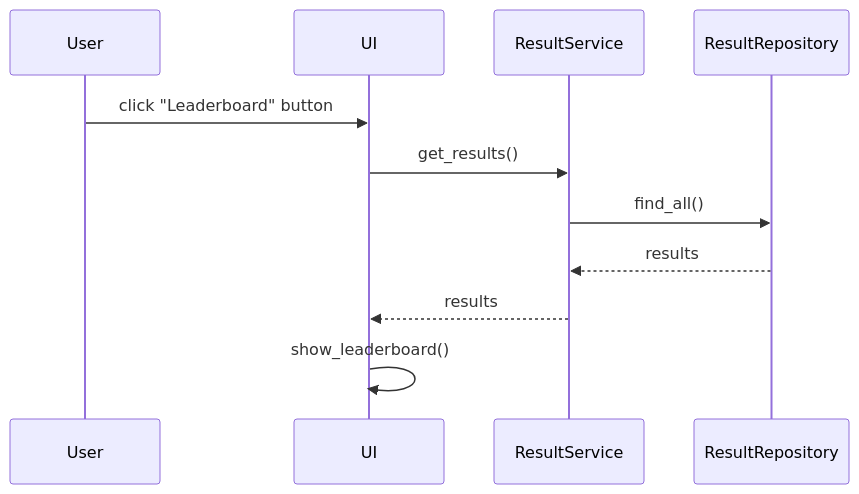
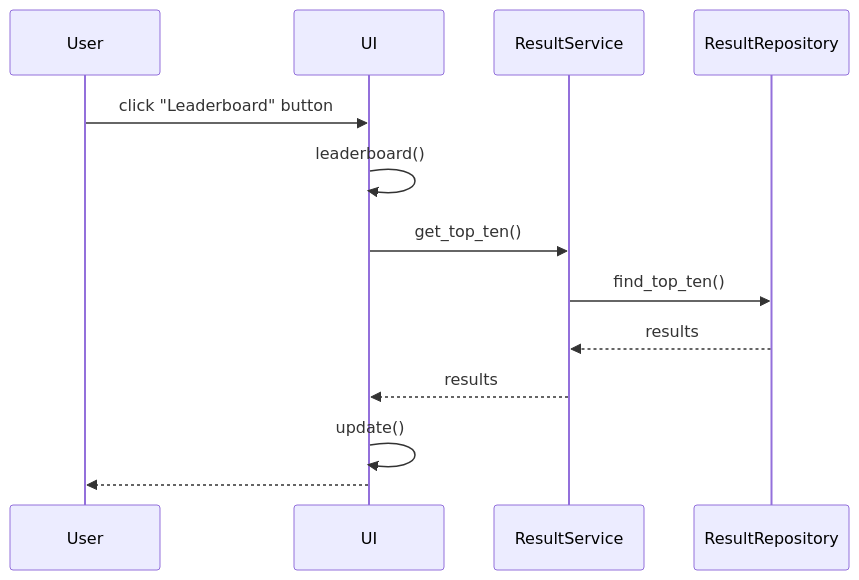
Before and after one commit to xelmas/ot-miinaharava: the third of 6 diagrams in dokumentaatio/arkkitehtuuri.md, drawn with Mermaid. The commit also changed other lines of this file, not shown here.

````diff
--- a/dokumentaatio/arkkitehtuuri.md
+++ b/dokumentaatio/arkkitehtuuri.md
@@ -98,9 +132,11 @@
 ```mermaid
 sequenceDiagram
   User ->> UI: click "Leaderboard" button
-  UI ->> ResultService: get_results()
-  ResultService ->> ResultRepository: find_all()
+  UI ->> UI: leaderboard()
+  UI ->> ResultService: get_top_ten()
+  ResultService ->> ResultRepository: find_top_ten()
   ResultRepository -->> ResultService: results
   ResultService -->> UI: results
-  UI ->> UI: show_leaderboard()
+  UI ->> UI: update()
+  UI -->> User: 
 ```
````
